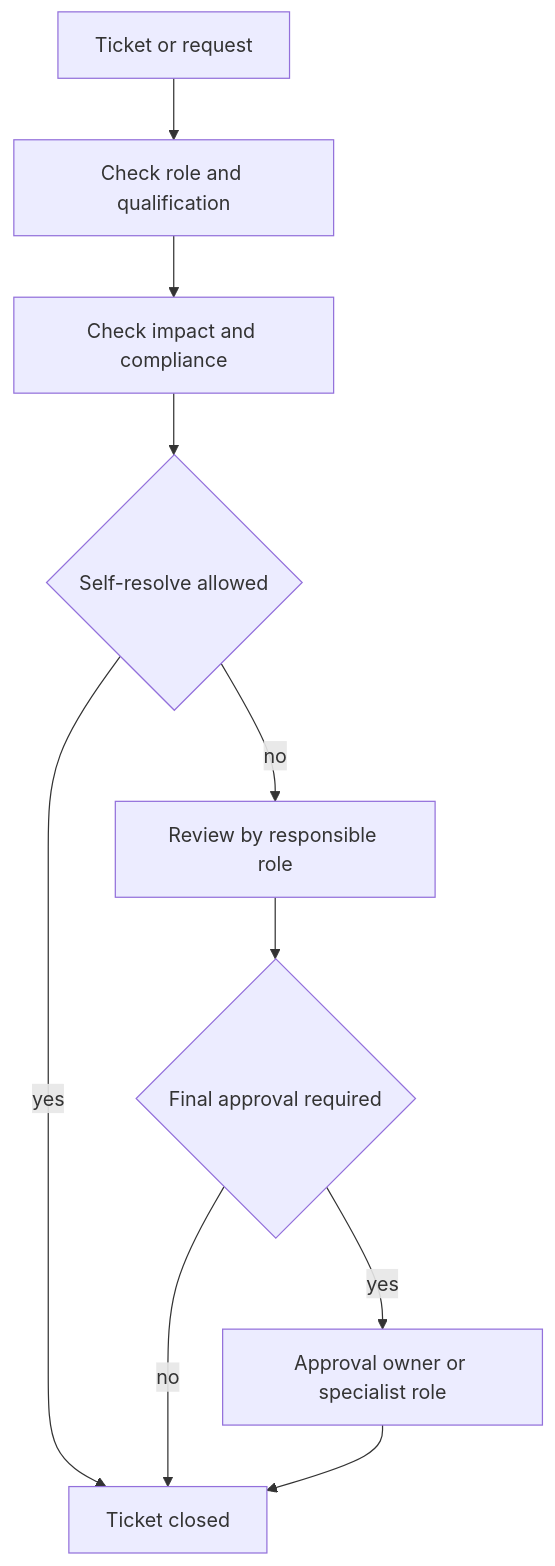
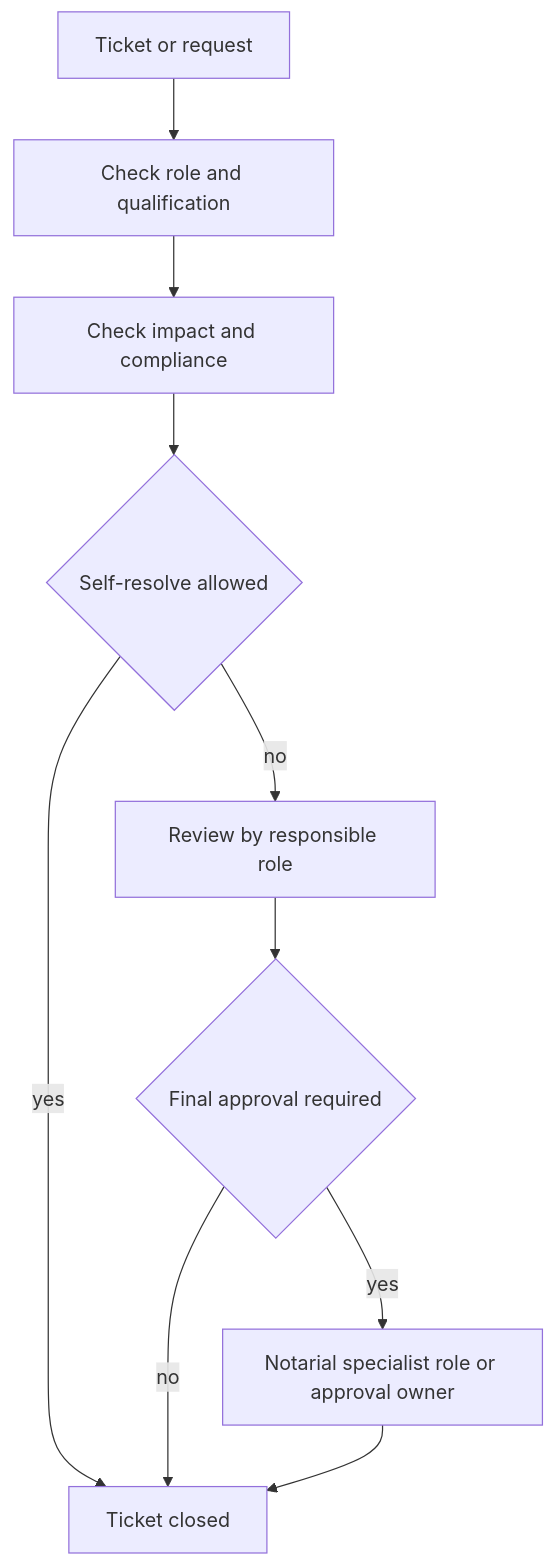
Before and after one commit to notariat8/NaC: the diagram in docs/en/role-model.md, drawn with Mermaid. The commit also changed other lines of this file and 175 other files, not shown here.

````diff
--- a/docs/en/role-model.md
+++ b/docs/en/role-model.md
@@ -58,12 +55,12 @@
 ```mermaid
 flowchart TD
     Event[Ticket or request] --> RoleCheck[Check role and qualification]
     RoleCheck --> ImpactCheck[Check impact and compliance]
     ImpactCheck --> SelfResolve{Self-resolve allowed}
     SelfResolve -->|yes| Done[Ticket closed]
     SelfResolve -->|no| Review[Review by responsible role]
     Review --> Approval{Final approval required}
-    Approval -->|yes| Approver[Approval owner or specialist role]
+    Approval -->|yes| Approver[Notarial specialist role or approval owner]
     Approval -->|no| Done
     Approver --> Done
 ```
````
